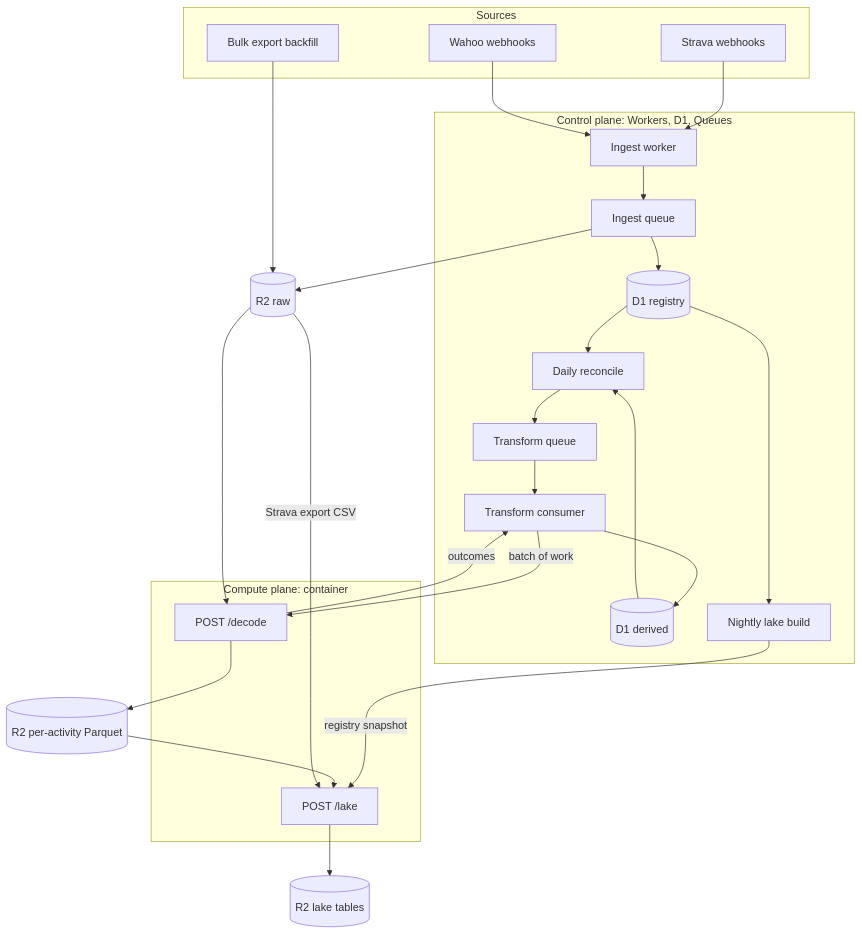
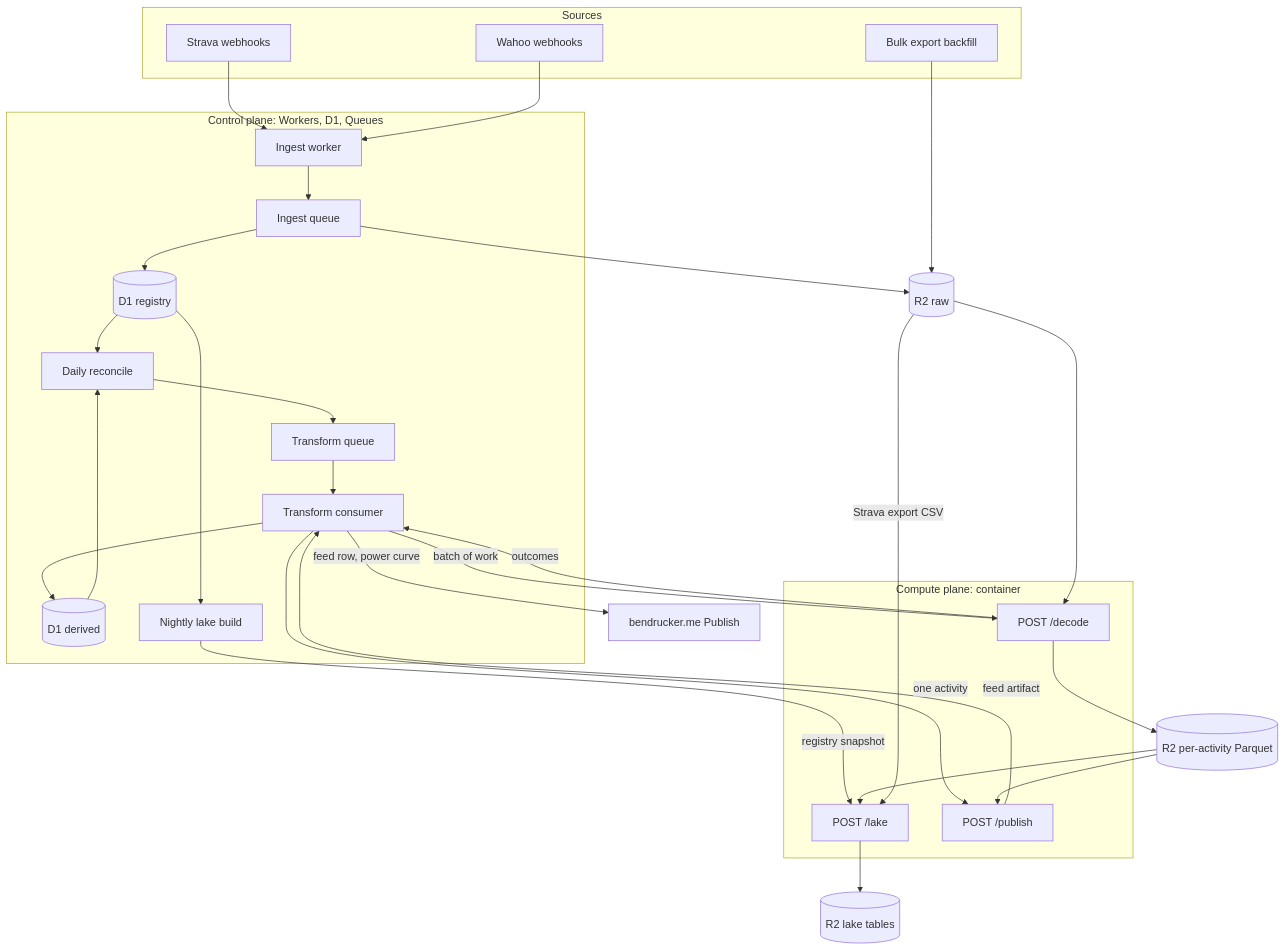
Before and after one commit to bendrucker/activity-hub: the first of 2 diagrams in README.md, drawn with Mermaid. The commit also changed other lines of this file and 28 other files, not shown here.

First line of the commit message:
Publish each activity to the website

````diff
--- a/README.md
+++ b/README.md
@@ -13,43 +13,51 @@
 ```mermaid
 flowchart TB
     subgraph sources[Sources]
         strava[Strava webhooks]
         wahoo[Wahoo webhooks]
         export[Bulk export backfill]
     end
 
     subgraph control[Control plane: Workers, D1, Queues]
         ingest[Ingest worker]
         iqueue[Ingest queue]
         registry[(D1 registry)]
         cron[Daily reconcile]
         tqueue[Transform queue]
         consumer[Transform consumer]
         derived[(D1 derived)]
         lakecron[Nightly lake build]
     end
 
     subgraph compute[Compute plane: container]
         decode[POST /decode]
         lake[POST /lake]
+        publish[POST /publish]
     end
+
+    site[bendrucker.me Publish]
 
     strava --> ingest
     wahoo --> ingest
     ingest --> iqueue --> registry
     export --> raw
     iqueue --> raw[(R2 raw)]
 
     registry --> cron --> tqueue --> consumer
     consumer -->|batch of work| decode
     raw --> decode
     decode --> parquet[(R2 per-activity Parquet)]
     decode -->|outcomes| consumer
     consumer --> derived
     derived --> cron
 
+    consumer -->|one activity| publish
+    parquet --> publish
+    publish -->|feed artifact| consumer
+    consumer -->|feed row, power curve| site
+
     registry --> lakecron -->|registry snapshot| lake
     parquet --> lake
     raw -->|Strava export CSV| lake
     lake --> tables[(R2 lake tables)]
 ```
````
